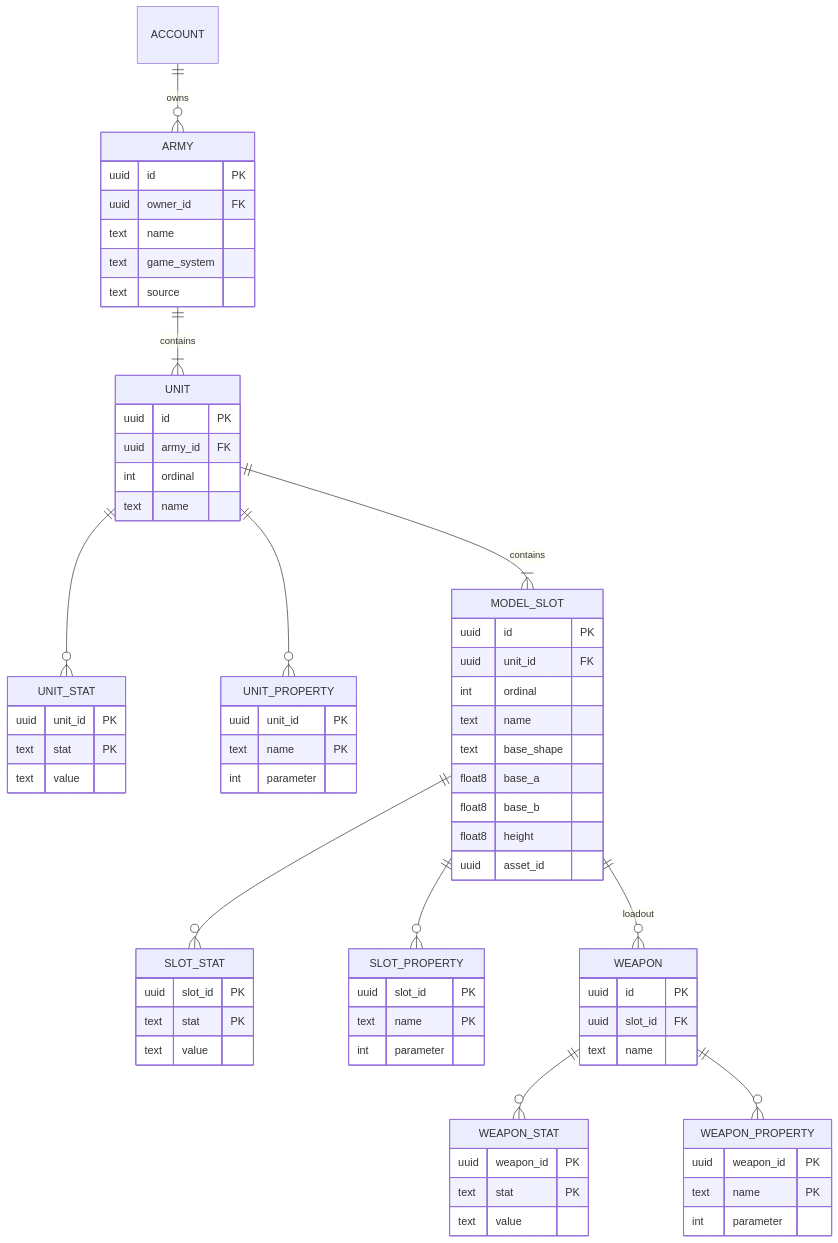
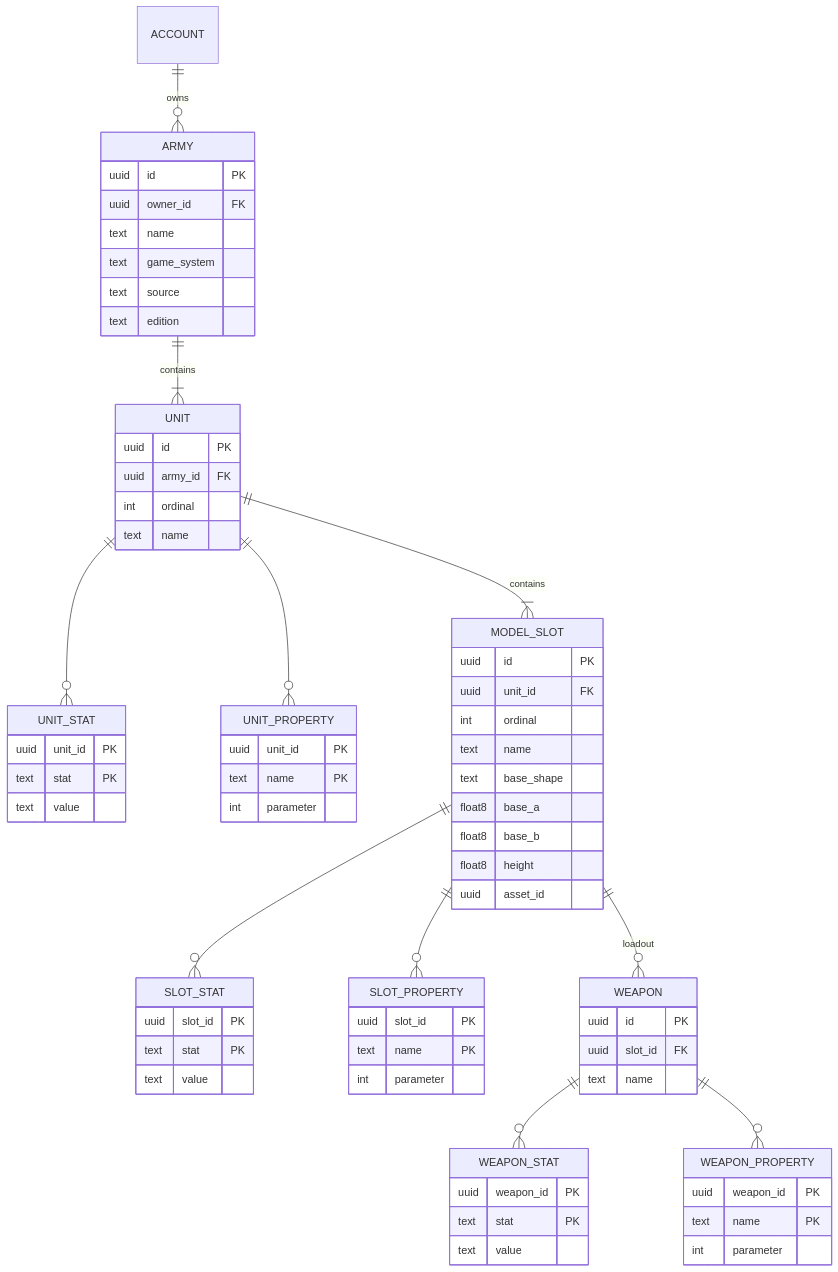
Before and after one commit to cstupi/tabletop: diagram 11 of 12 in docs/design/management-api/design.md, drawn with Mermaid. The commit also changed other lines of this file, not shown here.

First line of the commit message:
Management-API design: PropertiesSummary.Default, GameSummary.RuleSet, army.edition, migrations 023-025

````diff
--- a/docs/design/management-api/design.md
+++ b/docs/design/management-api/design.md
@@ -1457,73 +1466,74 @@
 ```mermaid
 erDiagram
     ACCOUNT ||--o{ ARMY : owns
     ARMY ||--|{ UNIT : contains
     UNIT ||--o{ UNIT_STAT : ""
     UNIT ||--o{ UNIT_PROPERTY : ""
     UNIT ||--|{ MODEL_SLOT : contains
     MODEL_SLOT ||--o{ SLOT_STAT : ""
     MODEL_SLOT ||--o{ SLOT_PROPERTY : ""
     MODEL_SLOT ||--o{ WEAPON : loadout
     WEAPON ||--o{ WEAPON_STAT : ""
     WEAPON ||--o{ WEAPON_PROPERTY : ""
 
     ARMY {
         uuid id PK
         uuid owner_id FK
         text name
         text game_system
         text source
+        text edition
     }
     UNIT {
         uuid id PK
         uuid army_id FK
         int ordinal
         text name
     }
     UNIT_STAT {
         uuid unit_id PK
         text stat PK
         text value
     }
     UNIT_PROPERTY {
         uuid unit_id PK
         text name PK
         int parameter
     }
     MODEL_SLOT {
         uuid id PK
         uuid unit_id FK
         int ordinal
         text name
         text base_shape
         float8 base_a
         float8 base_b
         float8 height
         uuid asset_id
     }
     SLOT_STAT {
         uuid slot_id PK
         text stat PK
         text value
     }
     SLOT_PROPERTY {
         uuid slot_id PK
         text name PK
         int parameter
     }
     WEAPON {
         uuid id PK
         uuid slot_id FK
         text name
     }
     WEAPON_STAT {
         uuid weapon_id PK
         text stat PK
         text value
     }
     WEAPON_PROPERTY {
         uuid weapon_id PK
         text name PK
         int parameter
     }
 ```
````
